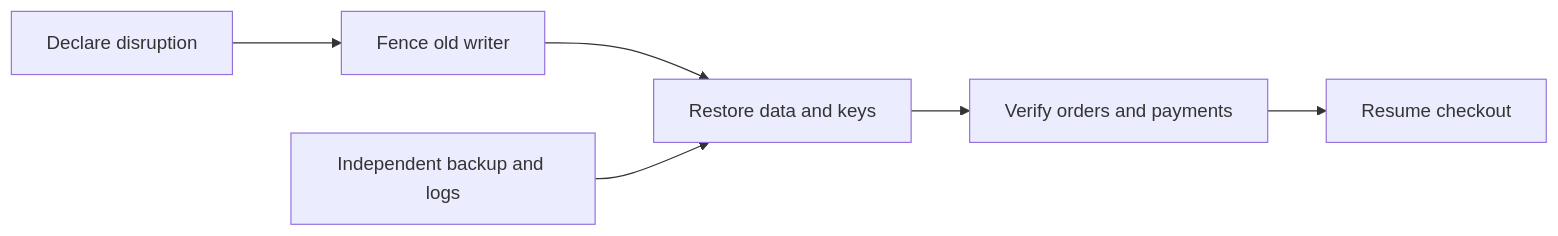
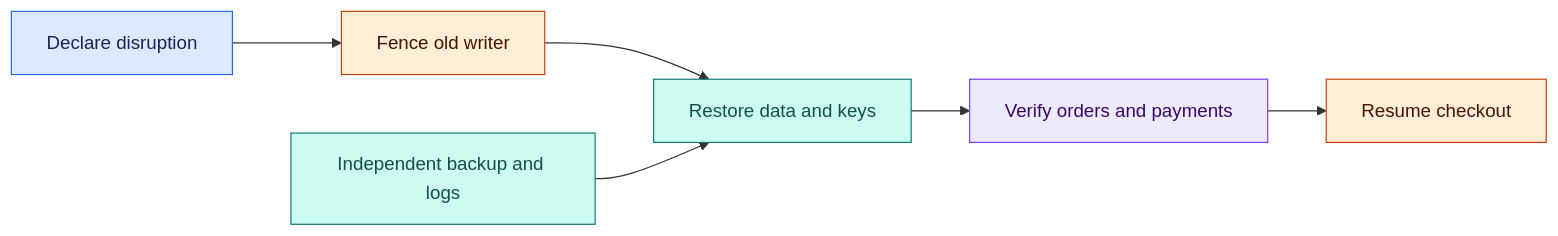
Before and after one commit to Shaktiprasadram22/system-design-26-week-roadmap: the third of 5 diagrams in chapters/03-reliability-security-and-lld.md, drawn with Mermaid. The commit also changed other lines of this file and 21 other files, not shown here.

````diff
--- a/chapters/03-reliability-security-and-lld.md
+++ b/chapters/03-reliability-security-and-lld.md
@@ -183,8 +213,17 @@
 ```mermaid
 flowchart LR
     A[Declare disruption] --> B[Fence old writer]
     B --> C[Restore data and keys]
     C --> D[Verify orders and payments]
     D --> E[Resume checkout]
     F[Independent backup and logs] --> C
+
+    classDef input fill:#dbeafe,stroke:#2563eb,color:#172554;
+    classDef service fill:#ede9fe,stroke:#7c3aed,color:#3b0764;
+    classDef data fill:#ccfbf1,stroke:#0f766e,color:#134e4a;
+    classDef edge fill:#ffedd5,stroke:#c2410c,color:#431407;
+    class A input;
+    class B,E edge;
+    class C,F data;
+    class D service;
 ```
````
